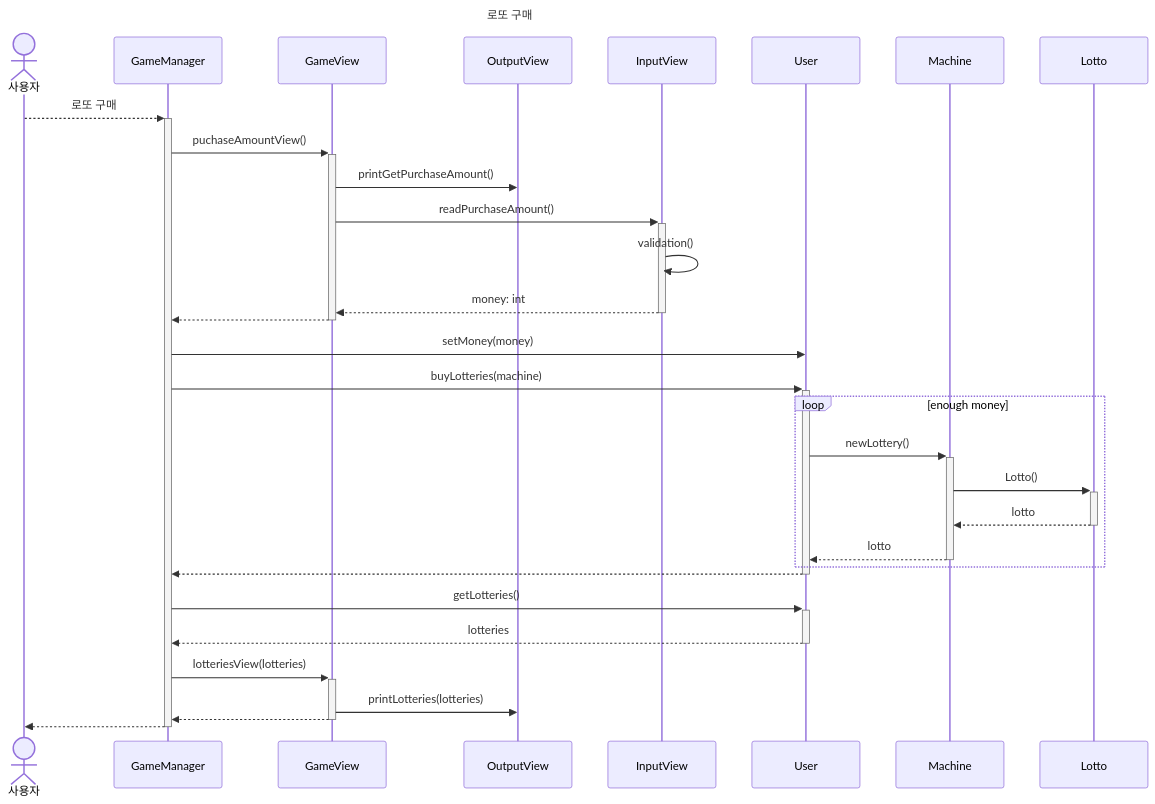
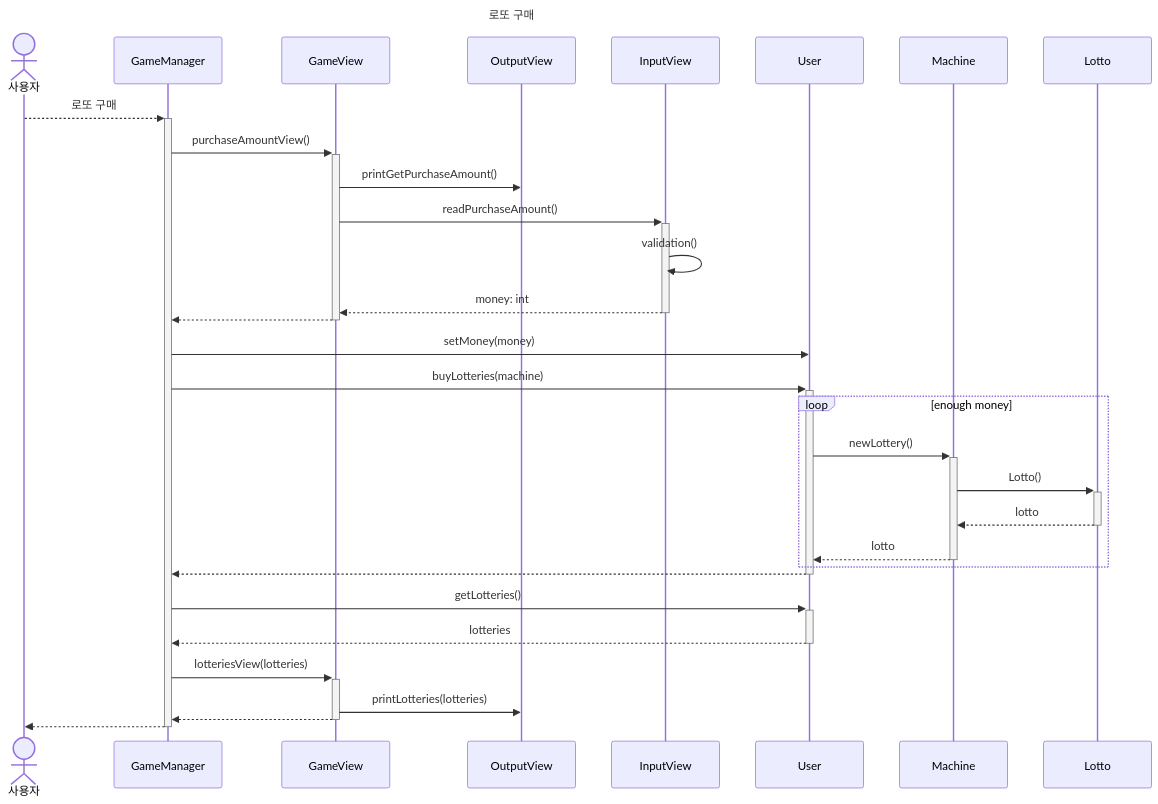
One commit to woowacourse-precourse/java-lotto-6 changed the third of 6 diagrams in docs/README.md. Above: the diagram before and after it, drawn with Mermaid. The commit also changed other lines of this file, not shown here.

Commit message:
docs: editing P-02-01 process and diagram

````diff
--- a/docs/README.md
+++ b/docs/README.md
@@ -167,30 +167,30 @@
 ```mermaid
 sequenceDiagram
     title 로또 구매
 	actor 사용자
 	participant GameManager
 	participant GameView
 	사용자 -->> +GameManager : 로또 구매
-	GameManager->>+GameView: puchaseAmountView()
+	GameManager->>+GameView: purchaseAmountView()
 	GameView->>OutputView: printGetPurchaseAmount()
 	GameView->>+InputView: readPurchaseAmount()
 	InputView->>InputView: validation()
 	InputView-->>-GameView: money: int
 	GameView-->>-GameManager: 
 	GameManager->>User: setMoney(money)
 	GameManager->>+User: buyLotteries(machine)
 	loop enough money
 			User->>+Machine: newLottery()
 			Machine->>+Lotto: Lotto()
 			Lotto-->>-Machine: lotto
 			Machine-->>-User: lotto
 	end
 	User-->>-GameManager: 
 	GameManager->>+User: getLotteries()
 	User-->>-GameManager: lotteries
 	GameManager->>+GameView: lotteriesView(lotteries)
 	GameView->>OutputView: printLotteries(lotteries)
 	GameView-->>-GameManager: 
 	GameManager -->> -사용자: 
 	
 ```
````
